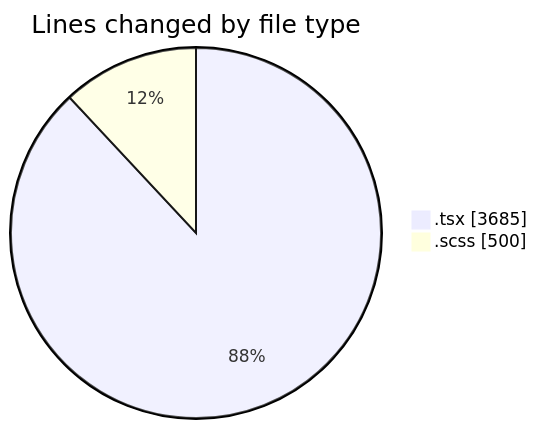
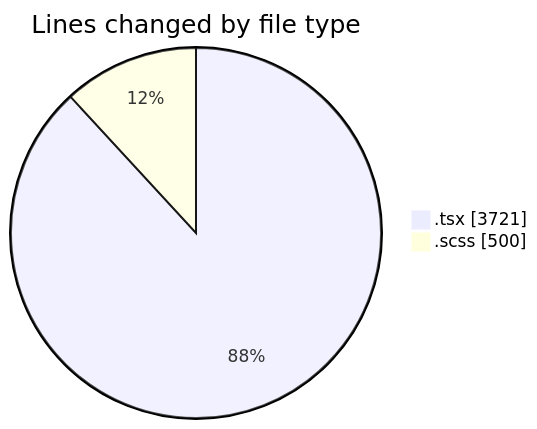
The first of 2 diagrams in 2025-04-10/cda/README.md (momahboobian/code-tracking), drawn with Mermaid before and after one commit. The commit also changed other lines of this file and 1 other file, not shown here.

````diff
--- a/2025-04-10/cda/README.md
+++ b/2025-04-10/cda/README.md
@@ -26,6 +26,6 @@
 ```mermaid
 pie showData
 title Lines changed by file type
-".tsx" : 3685
+".tsx" : 3721
 ".scss" : 500
 ```
````
